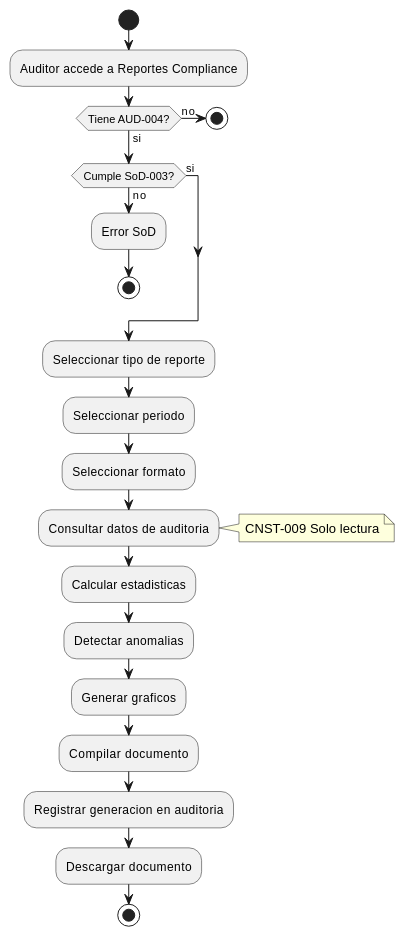
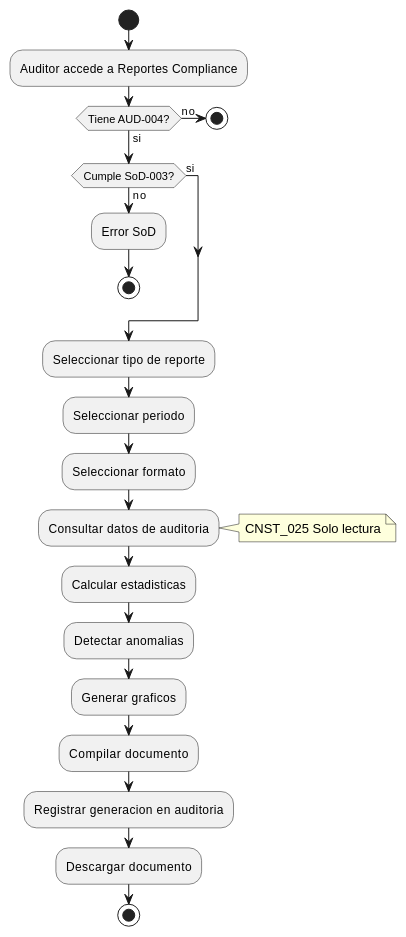
One commit to jcg-admin/IACT-docs changed the third of 3 diagrams in source/requisitos/casos_uso/audit/UC_AUD_04_Generar_Reporte_Compliance.rst. Above: the diagram before and after it, drawn with PlantUML. The commit also changed other lines of this file and 67 other files, not shown here.

```diff
--- a/source/requisitos/casos_uso/audit/UC_AUD_04_Generar_Reporte_Compliance.rst
+++ b/source/requisitos/casos_uso/audit/UC_AUD_04_Generar_Reporte_Compliance.rst
@@ -324,35 +324,35 @@
 .. uml::
    :caption: Diagrama de Actividad - UC_AUD_04
 
    @startuml
    start
    :Auditor accede a Reportes Compliance;
 
    if (Tiene AUD-004?) then (no)
      stop
    else (si)
    endif
 
    if (Cumple SoD-003?) then (no)
      :Error SoD;
      stop
    else (si)
    endif
 
    :Seleccionar tipo de reporte;
    :Seleccionar periodo;
    :Seleccionar formato;
 
    :Consultar datos de auditoria;
-   note right: CNST-009 Solo lectura
+   note right: CNST_025 Solo lectura
 
    :Calcular estadisticas;
    :Detectar anomalias;
    :Generar graficos;
    :Compilar documento;
 
    :Registrar generacion en auditoria;
    :Descargar documento;
 
    stop
    @enduml
```
